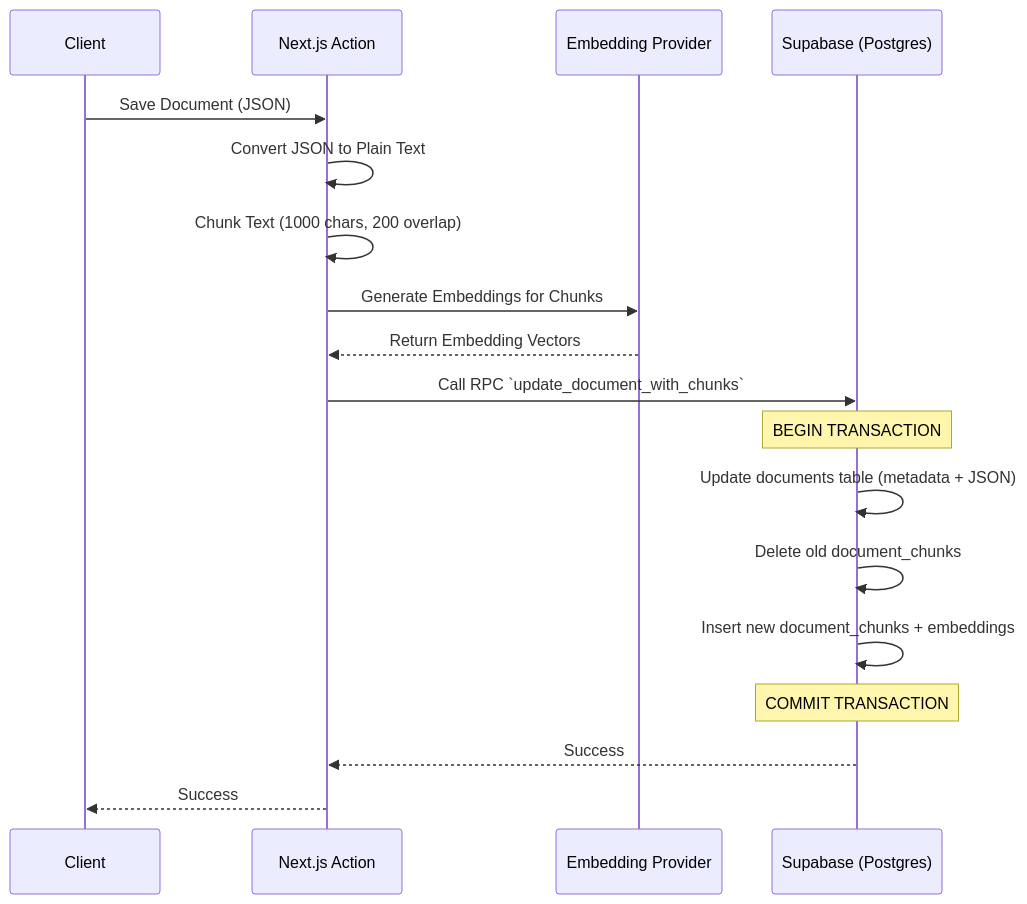
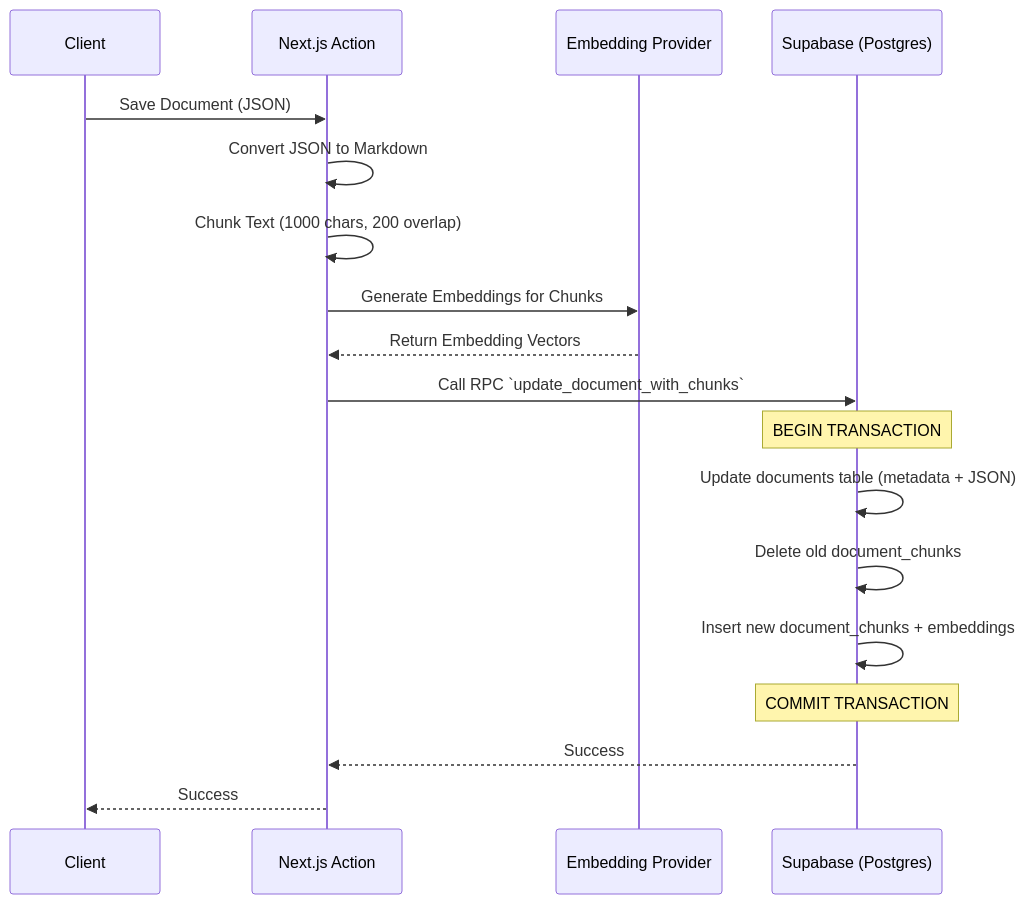
Before and after one commit to johndev4/sylo-knl: the diagram in docs/DOCUMENT_SAVE_FLOW.md, drawn with Mermaid. The commit also changed other lines of this file and 1 other file, not shown here.

````diff
--- a/docs/DOCUMENT_SAVE_FLOW.md
+++ b/docs/DOCUMENT_SAVE_FLOW.md
@@ -17,21 +17,21 @@
 ```mermaid
 sequenceDiagram
     participant Client
     participant Server as Next.js Action
     participant AI as Embedding Provider
     participant DB as Supabase (Postgres)
 
     Client->>Server: Save Document (JSON)
-    Server->>Server: Convert JSON to Plain Text
+    Server->>Server: Convert JSON to Markdown
     Server->>Server: Chunk Text (1000 chars, 200 overlap)
     Server->>AI: Generate Embeddings for Chunks
     AI-->>Server: Return Embedding Vectors
     Server->>DB: Call RPC `update_document_with_chunks`
     Note over DB: BEGIN TRANSACTION
     DB->>DB: Update documents table (metadata + JSON)
     DB->>DB: Delete old document_chunks
     DB->>DB: Insert new document_chunks + embeddings
     Note over DB: COMMIT TRANSACTION
     DB-->>Server: Success
     Server-->>Client: Success
 ```
````
